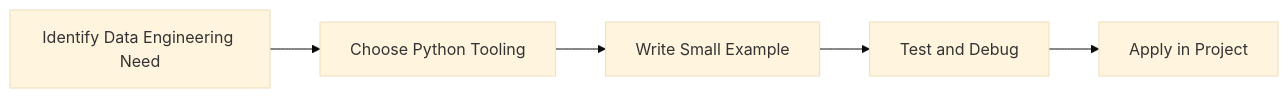
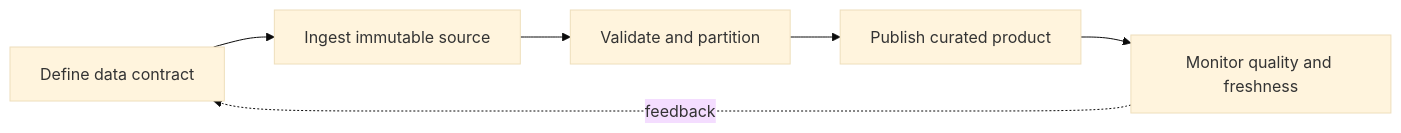
The diagram in Python-Mastery/Advanced/19-data-engineering.md (SYMOIZ/E-Learning-Portal), drawn with Mermaid (base theme) before and after one commit. The commit also changed other lines of this file and 116 other files, not shown here.

````diff
--- a/Python-Mastery/Advanced/19-data-engineering.md
+++ b/Python-Mastery/Advanced/19-data-engineering.md
@@ -142,7 +154,8 @@
 ```mermaid
 flowchart LR
-    A[Identify Data Engineering Need] --> B[Choose Python Tooling]
-    B --> C[Write Small Example]
-    C --> D[Test and Debug]
-    D --> E[Apply in Project]
+    A[Define data contract] --> B[Ingest immutable source]
+    B --> C[Validate and partition]
+    C --> D[Publish curated product]
+    D --> E[Monitor quality and freshness]
+    E -. feedback .-> A
 ```
````
